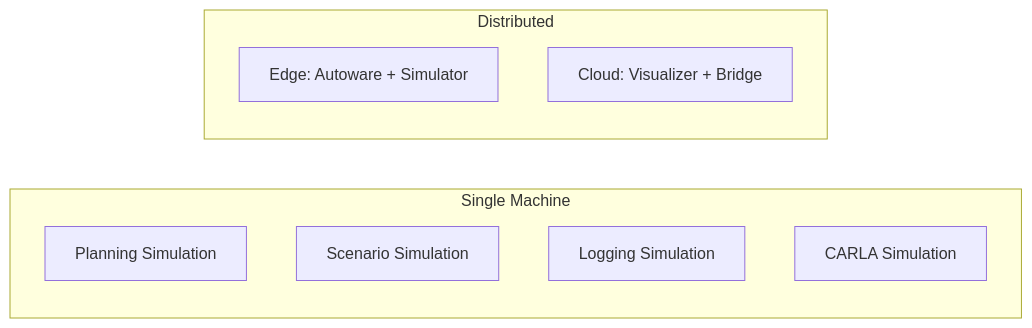
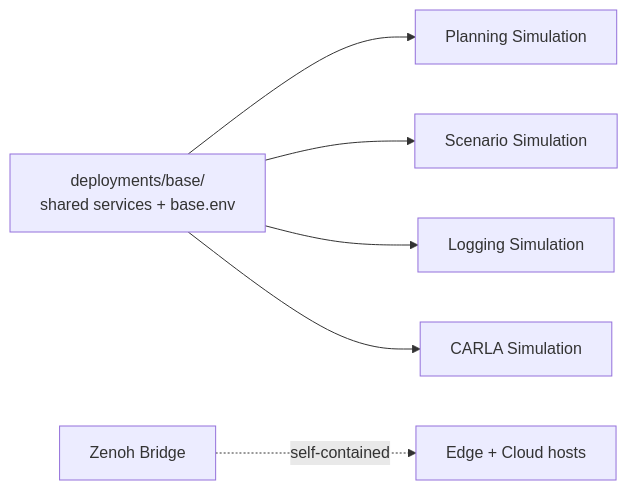
One commit to autowarefoundation/openadkit changed the diagram in docs/deployment/index.md. Above: the diagram before and after it, drawn with Mermaid. The commit also changed other lines of this file and 23 other files, not shown here.

````diff
--- a/docs/deployment/index.md
+++ b/docs/deployment/index.md
@@ -98,14 +90,9 @@
 ```mermaid
-graph LR
-    subgraph Single["Single Machine"]
-        S1[Planning Simulation]
-        S2[Scenario Simulation]
-        S3[Logging Simulation]
-        S4[CARLA Simulation]
-    end
-
-    subgraph Distributed["Distributed"]
-        D1[Edge: Autoware + Simulator]
-        D2[Cloud: Visualizer + Bridge]
-    end
+flowchart LR
+    BASE["deployments/base/<br/>shared services + base.env"]
+    BASE --> S1[Planning Simulation]
+    BASE --> S2[Scenario Simulation]
+    BASE --> S3[Logging Simulation]
+    BASE --> S4[CARLA Simulation]
+    ZB[Zenoh Bridge] -.->|self-contained| ZB2[Edge + Cloud hosts]
 ```
````
